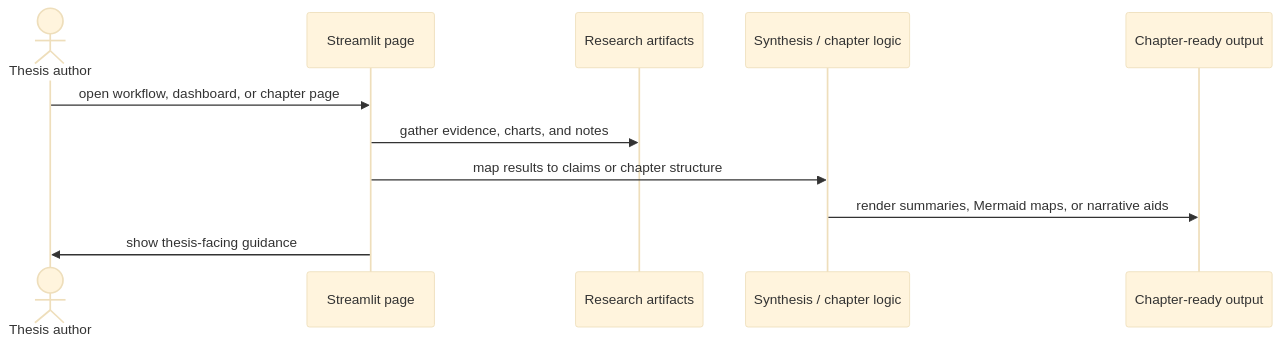
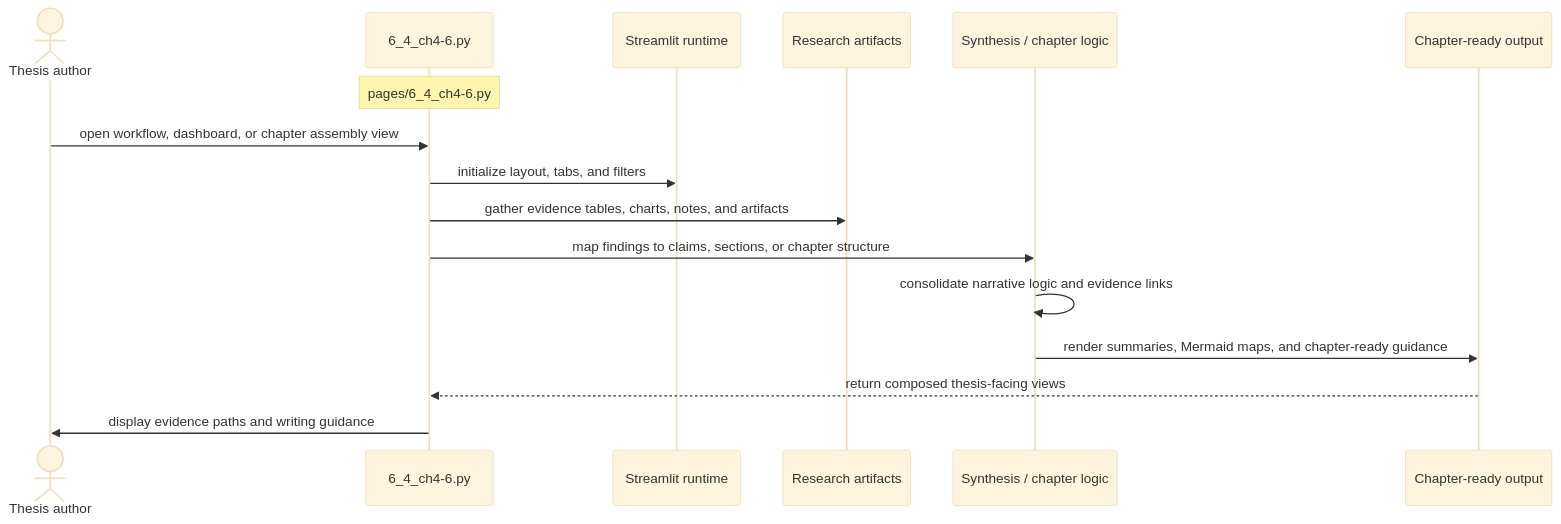
The diagram in new_page/documentation/streamlit_pages/mermaid_sequence_diagram/6_4_ch4-6.md (darisdzakwanhoesien2/benchmarks), drawn with Mermaid (base theme) before and after one commit. The commit also changed other lines of this file and 49 other files, not shown here.

Commit message:
Adding Documentation with Mermaid Sequence Diagram

````diff
--- a/new_page/documentation/streamlit_pages/mermaid_sequence_diagram/6_4_ch4-6.md
+++ b/new_page/documentation/streamlit_pages/mermaid_sequence_diagram/6_4_ch4-6.md
@@ -7,13 +15,18 @@
 ```mermaid
 sequenceDiagram
     actor User as Thesis author
-    participant page as Streamlit page
+    participant page as 6_4_ch4-6.py
+    participant runtime as Streamlit runtime
     participant data as Research artifacts
     participant compute as Synthesis / chapter logic
     participant output as Chapter-ready output
-    User->>page: open workflow, dashboard, or chapter page
-    page->>data: gather evidence, charts, and notes
-    page->>compute: map results to claims or chapter structure
-    compute->>output: render summaries, Mermaid maps, or narrative aids
-    page->>User: show thesis-facing guidance
+    Note over page: pages/6_4_ch4-6.py
+    User->>page: open workflow, dashboard, or chapter assembly view
+    page->>runtime: initialize layout, tabs, and filters
+    page->>data: gather evidence tables, charts, notes, and artifacts
+    page->>compute: map findings to claims, sections, or chapter structure
+    compute->>compute: consolidate narrative logic and evidence links
+    compute->>output: render summaries, Mermaid maps, and chapter-ready guidance
+    output-->>page: return composed thesis-facing views
+    page->>User: display evidence paths and writing guidance
 ```
````
